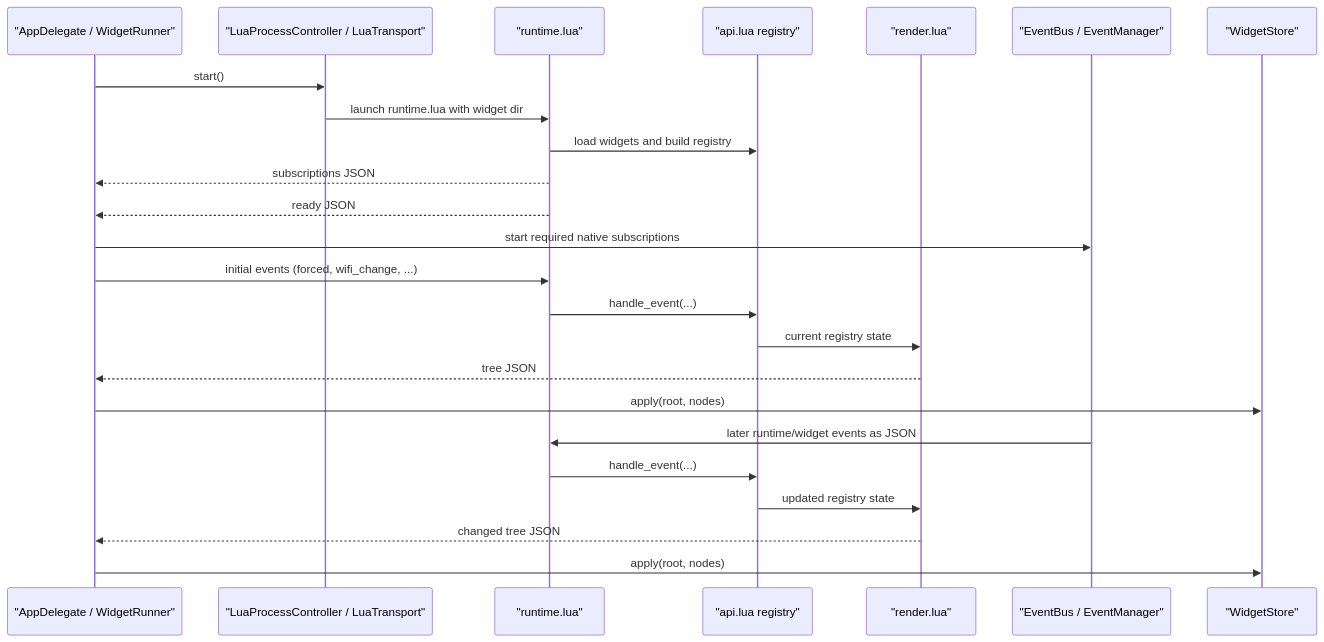
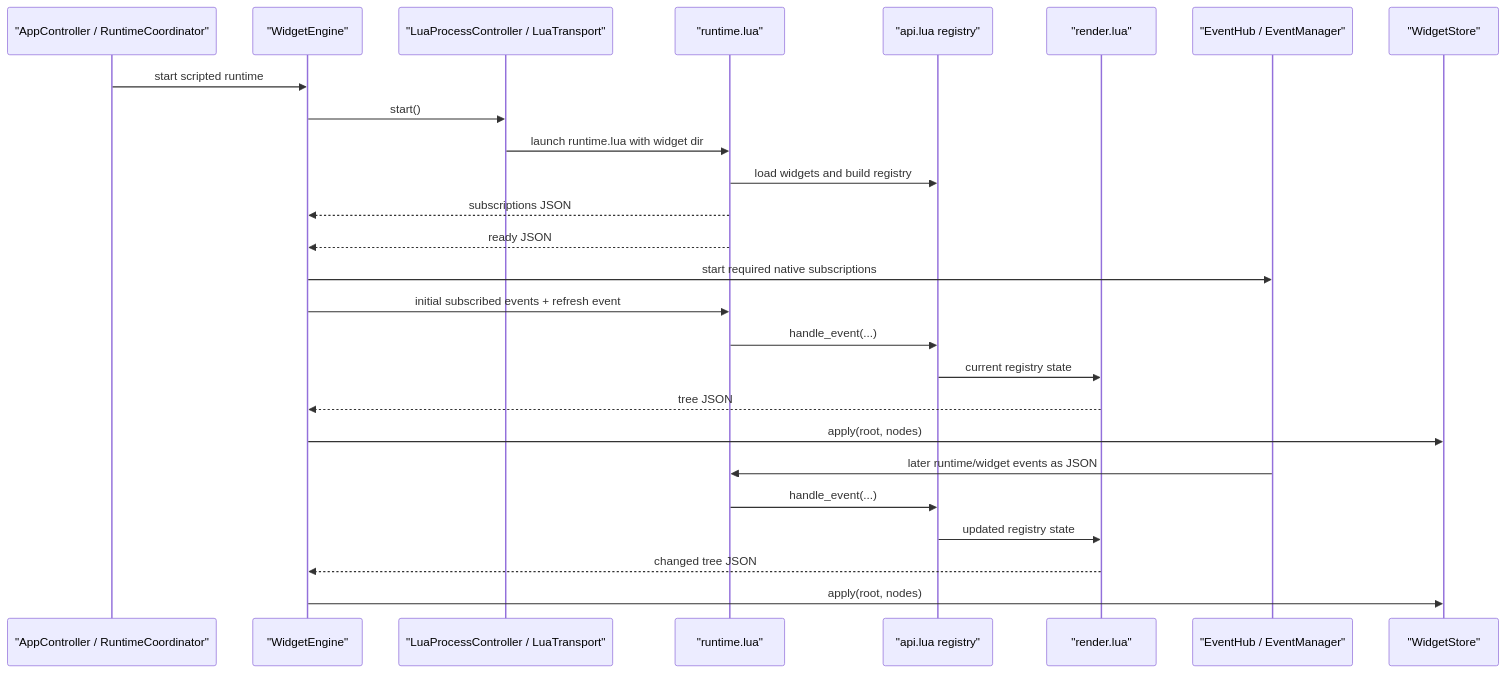
The diagram in docs/LUA_RUNTIME.md (gi8lino/easybar), drawn with Mermaid before and after one commit. The commit also changed other lines of this file, not shown here.

Commit message:
docs: refresh lua runtime internals

````diff
--- a/docs/LUA_RUNTIME.md
+++ b/docs/LUA_RUNTIME.md
@@ -32,27 +32,29 @@
 ```mermaid
 sequenceDiagram
-    participant App as "AppDelegate / WidgetRunner"
+    participant App as "AppController / RuntimeCoordinator"
+    participant Engine as "WidgetEngine"
     participant Proc as "LuaProcessController / LuaTransport"
     participant Lua as "runtime.lua"
     participant API as "api.lua registry"
     participant Render as "render.lua"
-    participant Events as "EventBus / EventManager"
+    participant Events as "EventHub / EventManager"
     participant Store as "WidgetStore"
 
-    App->>Proc: start()
+    App->>Engine: start scripted runtime
+    Engine->>Proc: start()
     Proc->>Lua: launch runtime.lua with widget dir
     Lua->>API: load widgets and build registry
-    Lua-->>App: subscriptions JSON
-    Lua-->>App: ready JSON
-    App->>Events: start required native subscriptions
-    App->>Lua: initial events (forced, wifi_change, ...)
+    Lua-->>Engine: subscriptions JSON
+    Lua-->>Engine: ready JSON
+    Engine->>Events: start required native subscriptions
+    Engine->>Lua: initial subscribed events + refresh event
     Lua->>API: handle_event(...)
     API->>Render: current registry state
-    Render-->>App: tree JSON
-    App->>Store: apply(root, nodes)
+    Render-->>Engine: tree JSON
+    Engine->>Store: apply(root, nodes)
     Events->>Lua: later runtime/widget events as JSON
     Lua->>API: handle_event(...)
     API->>Render: updated registry state
-    Render-->>App: changed tree JSON
-    App->>Store: apply(root, nodes)
+    Render-->>Engine: changed tree JSON
+    Engine->>Store: apply(root, nodes)
 ```
````
